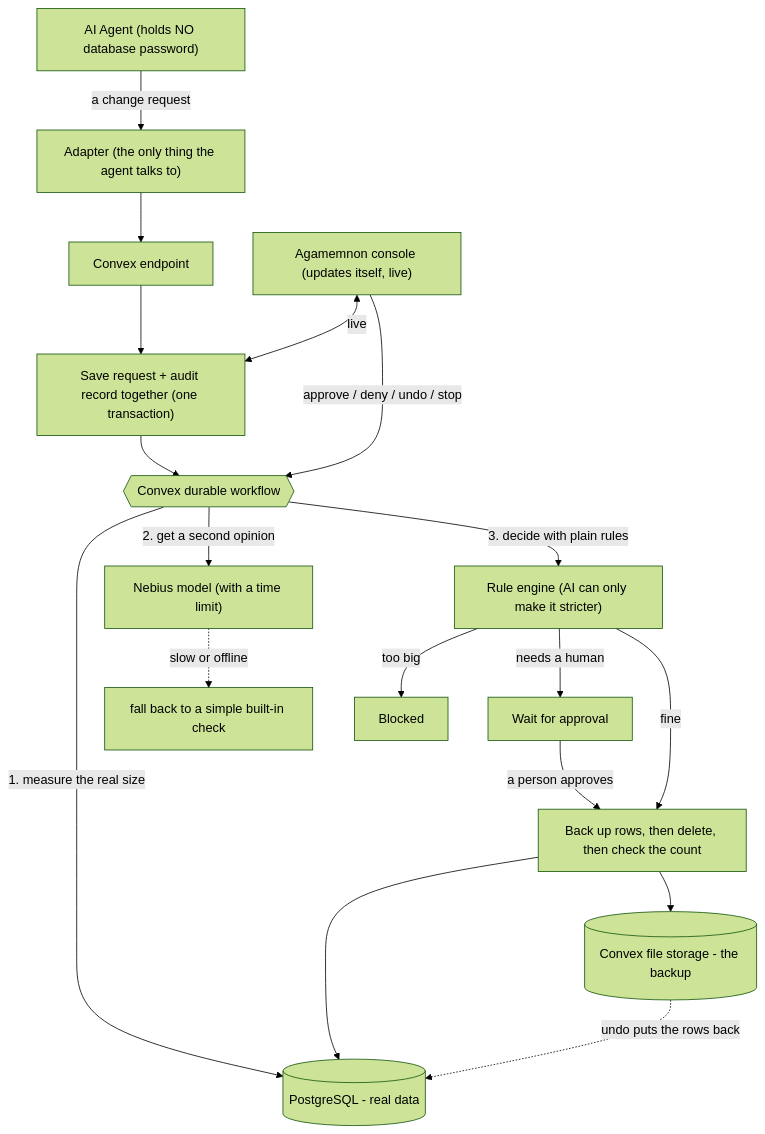
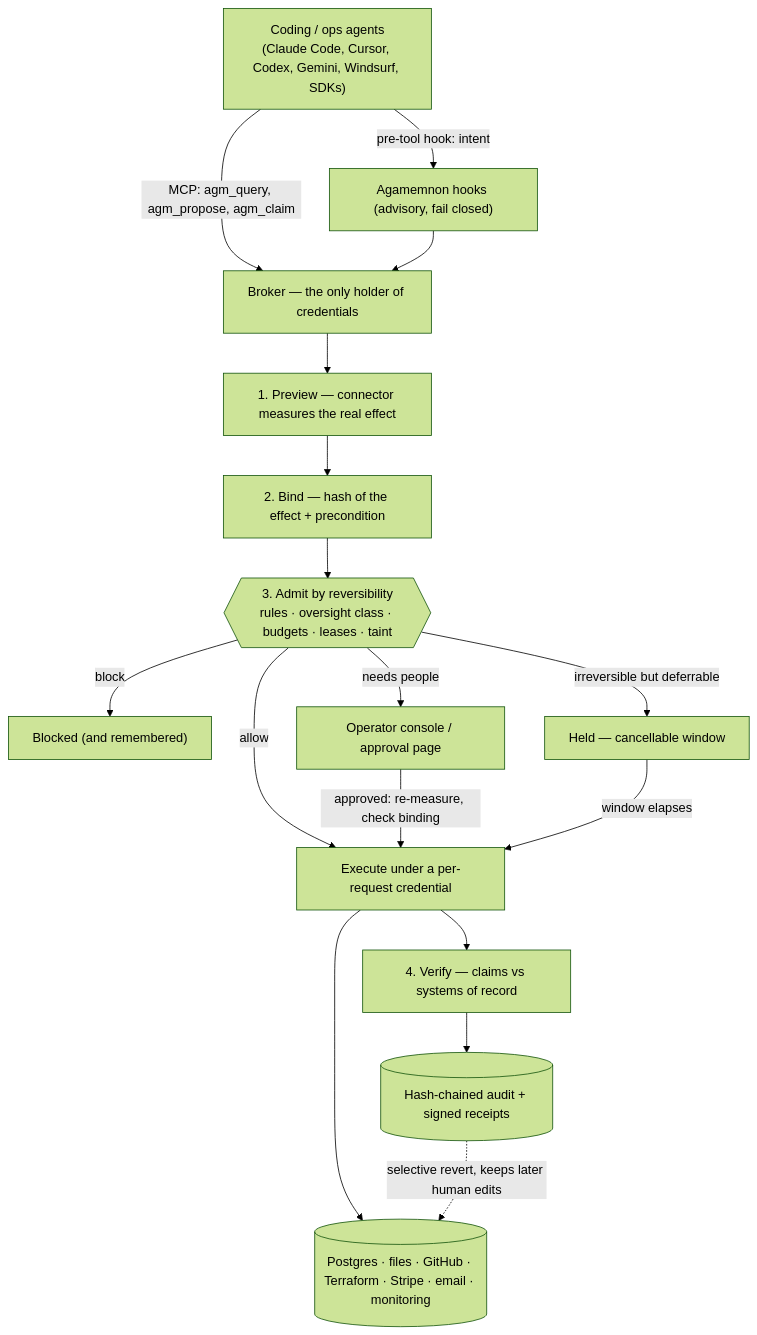
One commit to MaranZeal678/agamemnon changed the diagram in README.md. Above: the diagram before and after it, drawn with Mermaid (forest theme). The commit also changed other lines of this file, not shown here.

First line of the commit message:
README: Agamemnon Gen 2 — the consequence layer for AI agents

````diff
--- a/README.md
+++ b/README.md
@@ -47,22 +94,20 @@
 ```mermaid
 flowchart TD
-    AG["AI Agent (holds NO database password)"]
-    AG -->|"a change request"| ADP["Adapter (the only thing the agent talks to)"]
-    ADP --> HTTP["Convex endpoint"]
-    HTTP --> KO["Save request + audit record together (one transaction)"]
-    KO --> WF{{"Convex durable workflow"}}
-    WF -->|"1. measure the real size"| PG[("PostgreSQL - real data")]
-    WF -->|"2. get a second opinion"| NEB["Nebius model (with a time limit)"]
-    NEB -.->|"slow or offline"| HEU["fall back to a simple built-in check"]
-    WF -->|"3. decide with plain rules"| POL["Rule engine (AI can only make it stricter)"]
-    POL -->|"too big"| BLK["Blocked"]
-    POL -->|"needs a human"| PARK["Wait for approval"]
-    POL -->|"fine"| EXEC
-    PARK -->|"a person approves"| EXEC["Back up rows, then delete, then check the count"]
-    EXEC --> PG
-    EXEC --> FS[("Convex file storage - the backup")]
-    CON["Agamemnon console (updates itself, live)"]
-    CON <-->|"live"| KO
-    CON -->|"approve / deny / undo / stop"| WF
-    FS -.->|"undo puts the rows back"| PG
+    AG["Coding / ops agents<br/>(Claude Code, Cursor, Codex, Gemini, Windsurf, SDKs)"]
+    AG -->|"pre-tool hook: intent"| HK["Agamemnon hooks (advisory, fail closed)"]
+    AG -->|"MCP: agm_query, agm_propose, agm_claim"| BR
+    HK --> BR["Broker — the only holder of credentials"]
+    BR --> PV["1. Preview — connector measures the real effect"]
+    PV --> BD["2. Bind — hash of the effect + precondition"]
+    BD --> AD{{"3. Admit by reversibility<br/>rules · oversight class · budgets · leases · taint"}}
+    AD -->|"block"| BLK["Blocked (and remembered)"]
+    AD -->|"needs people"| PARK["Operator console / approval page"]
+    AD -->|"irreversible but deferrable"| HOLD["Held — cancellable window"]
+    AD -->|"allow"| EX
+    PARK -->|"approved: re-measure, check binding"| EX["Execute under a per-request credential"]
+    HOLD -->|"window elapses"| EX
+    EX --> SYS[("Postgres · files · GitHub · Terraform · Stripe · email · monitoring")]
+    EX --> VF["4. Verify — claims vs systems of record"]
+    VF --> RC[("Hash-chained audit + signed receipts")]
+    RC -.->|"selective revert, keeps later human edits"| SYS
 ```
````
